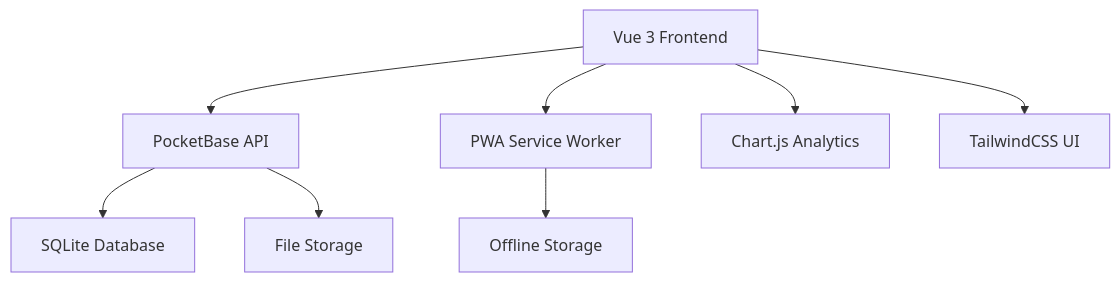
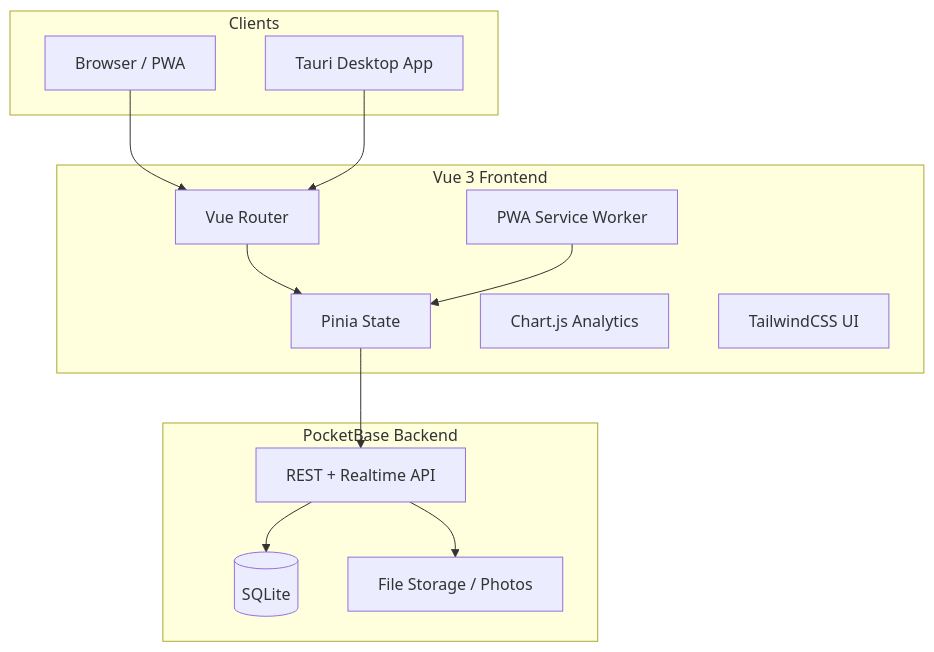
The diagram in README.md (Site-Wise/app), drawn with Mermaid before and after one commit. The commit also changed other lines of this file, not shown here.

````diff
--- a/README.md
+++ b/README.md
@@ -155,10 +162,29 @@
 ```mermaid
 graph TB
-    A[Vue 3 Frontend] --> B[PocketBase API]
-    B --> C[SQLite Database]
-    A --> D[PWA Service Worker]
-    D --> E[Offline Storage]
-    B --> F[File Storage]
-    A --> G[Chart.js Analytics]
-    A --> H[TailwindCSS UI]
+    subgraph Clients
+      W[Browser / PWA]
+      D[Tauri Desktop App]
+    end
+
+    subgraph "Vue 3 Frontend"
+      R[Vue Router]
+      P[Pinia State]
+      C[Chart.js Analytics]
+      T[TailwindCSS UI]
+      SW[PWA Service Worker]
+    end
+
+    subgraph "PocketBase Backend"
+      API[REST + Realtime API]
+      DB[(SQLite)]
+      FS[File Storage / Photos]
+    end
+
+    W --> R
+    D --> R
+    R --> P
+    P --> API
+    SW --> P
+    API --> DB
+    API --> FS
 ```
````
